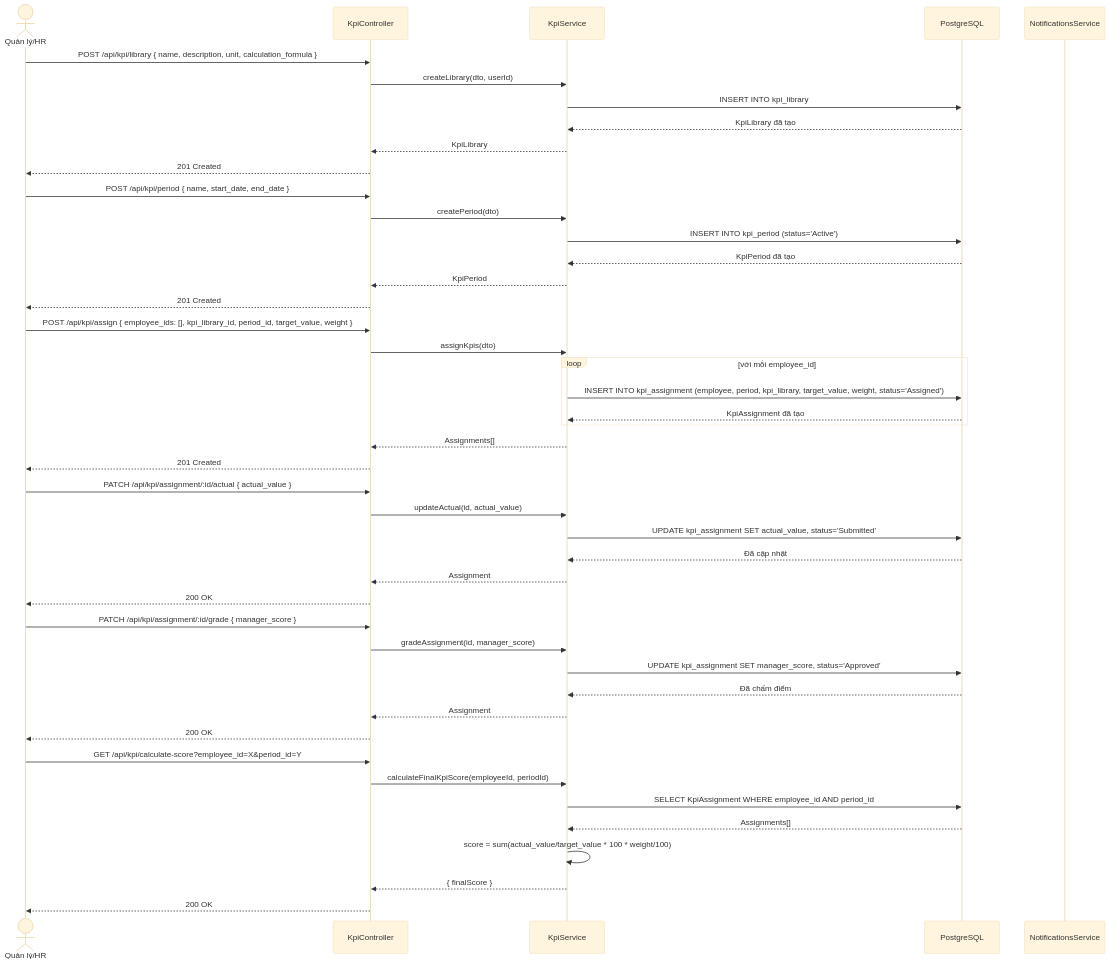
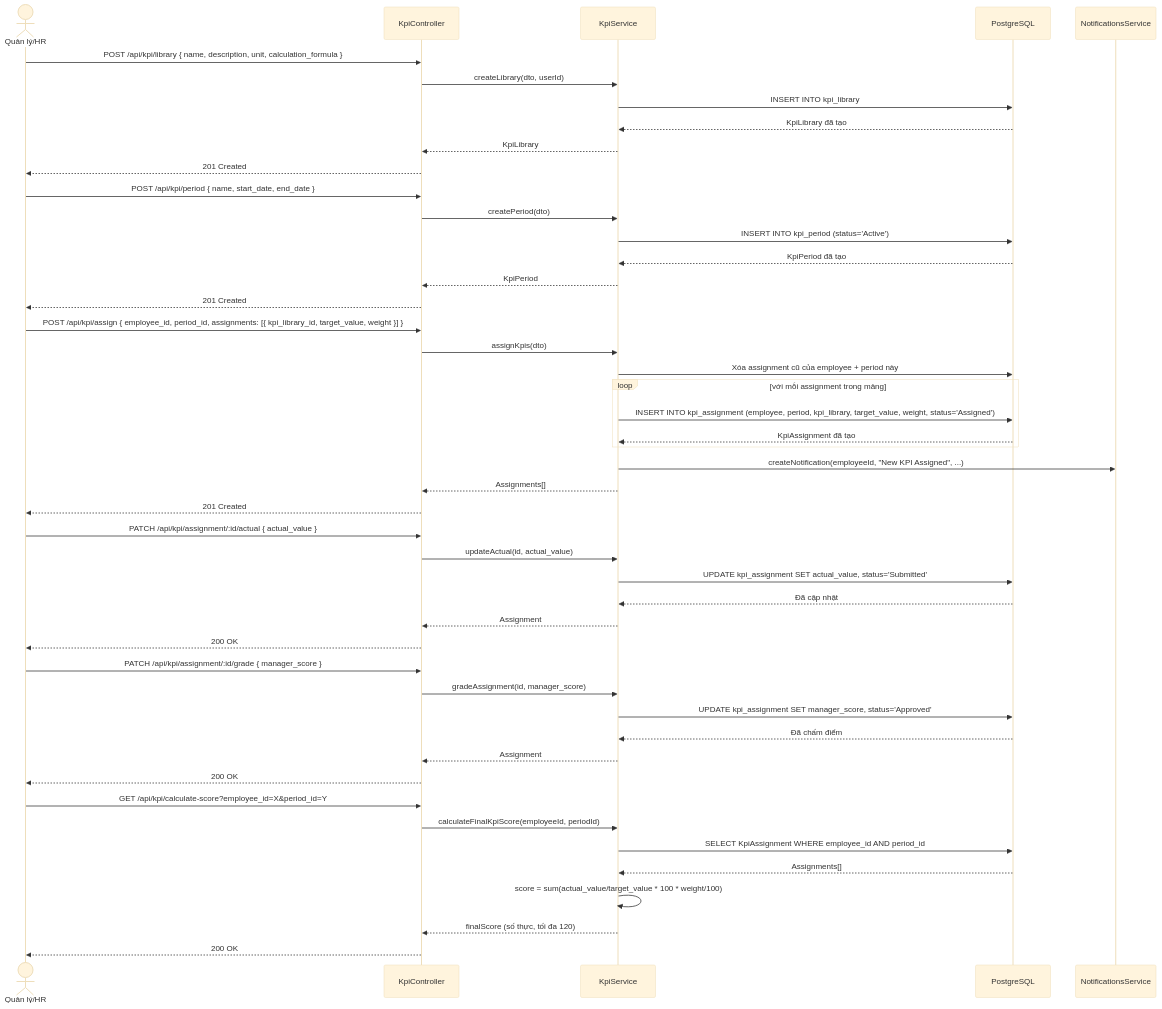
The tenth of 16 diagrams in docs/sequence-diagrams.md (Luo-Zhii/HRM-Gene), drawn with Mermaid (base theme) before and after one commit. The commit also changed other lines of this file and 2 other files, not shown here.

````diff
--- a/docs/sequence-diagrams.md
+++ b/docs/sequence-diagrams.md
@@ -462,59 +461,61 @@
 ```mermaid
 sequenceDiagram
     actor M as Quản lý/HR
     participant KC as KpiController
     participant KS as KpiService
     participant DB as PostgreSQL
     participant NS as NotificationsService
 
     %% ── Tạo thư viện KPI ──
     M->>KC: POST /api/kpi/library { name, description, unit, calculation_formula }
     KC->>KS: createLibrary(dto, userId)
     KS->>DB: INSERT INTO kpi_library
     DB-->>KS: KpiLibrary đã tạo
     KS-->>KC: KpiLibrary
     KC-->>M: 201 Created
 
     %% ── Tạo kỳ đánh giá KPI ──
     M->>KC: POST /api/kpi/period { name, start_date, end_date }
     KC->>KS: createPeriod(dto)
     KS->>DB: INSERT INTO kpi_period (status='Active')
     DB-->>KS: KpiPeriod đã tạo
     KS-->>KC: KpiPeriod
     KC-->>M: 201 Created
 
     %% ── Gán KPI cho nhân viên ──
-    M->>KC: POST /api/kpi/assign { employee_ids: [], kpi_library_id, period_id, target_value, weight }
+    M->>KC: POST /api/kpi/assign { employee_id, period_id, assignments: [{ kpi_library_id, target_value, weight }] }
     KC->>KS: assignKpis(dto)
-    loop với mỗi employee_id
+    KS->>DB: Xóa assignment cũ của employee + period này
+    loop với mỗi assignment trong mảng
         KS->>DB: INSERT INTO kpi_assignment (employee, period, kpi_library, target_value, weight, status='Assigned')
         DB-->>KS: KpiAssignment đã tạo
     end
+    KS->>NS: createNotification(employeeId, "New KPI Assigned", ...)
     KS-->>KC: Assignments[]
     KC-->>M: 201 Created
 
     %% ── Nhân viên cập nhật giá trị thực tế ──
     M->>KC: PATCH /api/kpi/assignment/:id/actual { actual_value }
     KC->>KS: updateActual(id, actual_value)
     KS->>DB: UPDATE kpi_assignment SET actual_value, status='Submitted'
     DB-->>KS: Đã cập nhật
     KS-->>KC: Assignment
     KC-->>M: 200 OK
 
     %% ── Quản lý chấm điểm ──
     M->>KC: PATCH /api/kpi/assignment/:id/grade { manager_score }
     KC->>KS: gradeAssignment(id, manager_score)
     KS->>DB: UPDATE kpi_assignment SET manager_score, status='Approved'
     DB-->>KS: Đã chấm điểm
     KS-->>KC: Assignment
     KC-->>M: 200 OK
 
     %% ── Tính điểm tổng hợp ──
     M->>KC: GET /api/kpi/calculate-score?employee_id=X&period_id=Y
     KC->>KS: calculateFinalKpiScore(employeeId, periodId)
     KS->>DB: SELECT KpiAssignment WHERE employee_id AND period_id
     DB-->>KS: Assignments[]
     KS->>KS: score = sum(actual_value/target_value * 100 * weight/100)
-    KS-->>KC: { finalScore }
+    KS-->>KC: finalScore (số thực, tối đa 120)
     KC-->>M: 200 OK
 ```
````
